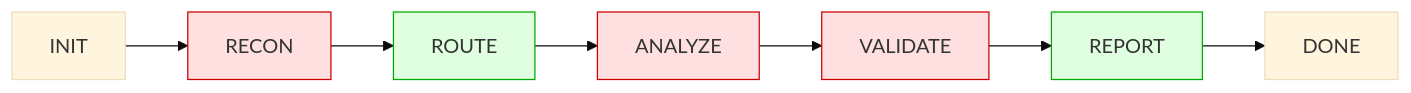
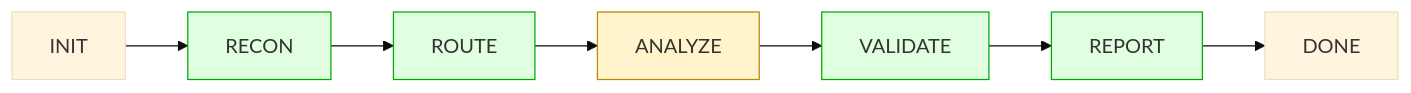
One commit to Hacklipse/LASP_2026 changed the second of 3 diagrams in IMPLEMENTATION_PLAN.md. Above: the diagram before and after it, drawn with Mermaid (base theme). The commit also changed other lines of this file and 13 other files, not shown here.

````diff
--- a/IMPLEMENTATION_PLAN.md
+++ b/IMPLEMENTATION_PLAN.md
@@ -92,9 +96,9 @@
 ```mermaid
 flowchart LR
     INIT --> RECON --> ROUTE --> ANALYZE --> VALIDATE --> REPORT --> DONE
-    style RECON fill:#ffe0e0,stroke:#c00
-    style ANALYZE fill:#ffe0e0,stroke:#c00
-    style VALIDATE fill:#ffe0e0,stroke:#c00
+    style RECON fill:#e0ffe0,stroke:#0a0
+    style ANALYZE fill:#fff4cc,stroke:#b8860b
+    style VALIDATE fill:#e0ffe0,stroke:#0a0
     style ROUTE fill:#e0ffe0,stroke:#0a0
     style REPORT fill:#e0ffe0,stroke:#0a0
 ```
````
